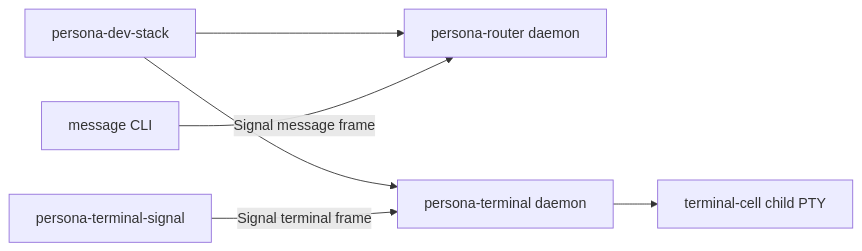
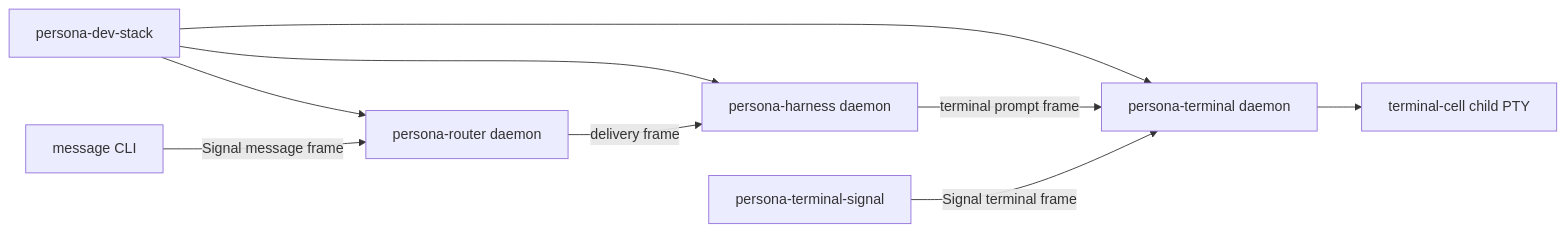
The fourth of 8 diagrams in ARCHITECTURE.md (LiGoldragon/persona), drawn with Mermaid before and after one commit. The commit also changed other lines of this file and 2 other files, not shown here.

Commit message:
persona: include harness in sandbox dev stack

````diff
--- a/ARCHITECTURE.md
+++ b/ARCHITECTURE.md
@@ -512,15 +512,19 @@
 ```mermaid
 graph LR
     dev["persona-dev-stack"]
     router["persona-router daemon"]
+    harness["persona-harness daemon"]
     terminal["persona-terminal daemon"]
     message["message CLI"]
     terminal_signal["persona-terminal-signal"]
     pty["terminal-cell child PTY"]
 
     dev --> router
+    dev --> harness
     dev --> terminal
     message -->|"Signal message frame"| router
+    router -->|"delivery frame"| harness
+    harness -->|"terminal prompt frame"| terminal
     terminal_signal -->|"Signal terminal frame"| terminal
     terminal --> pty
 ```
````
